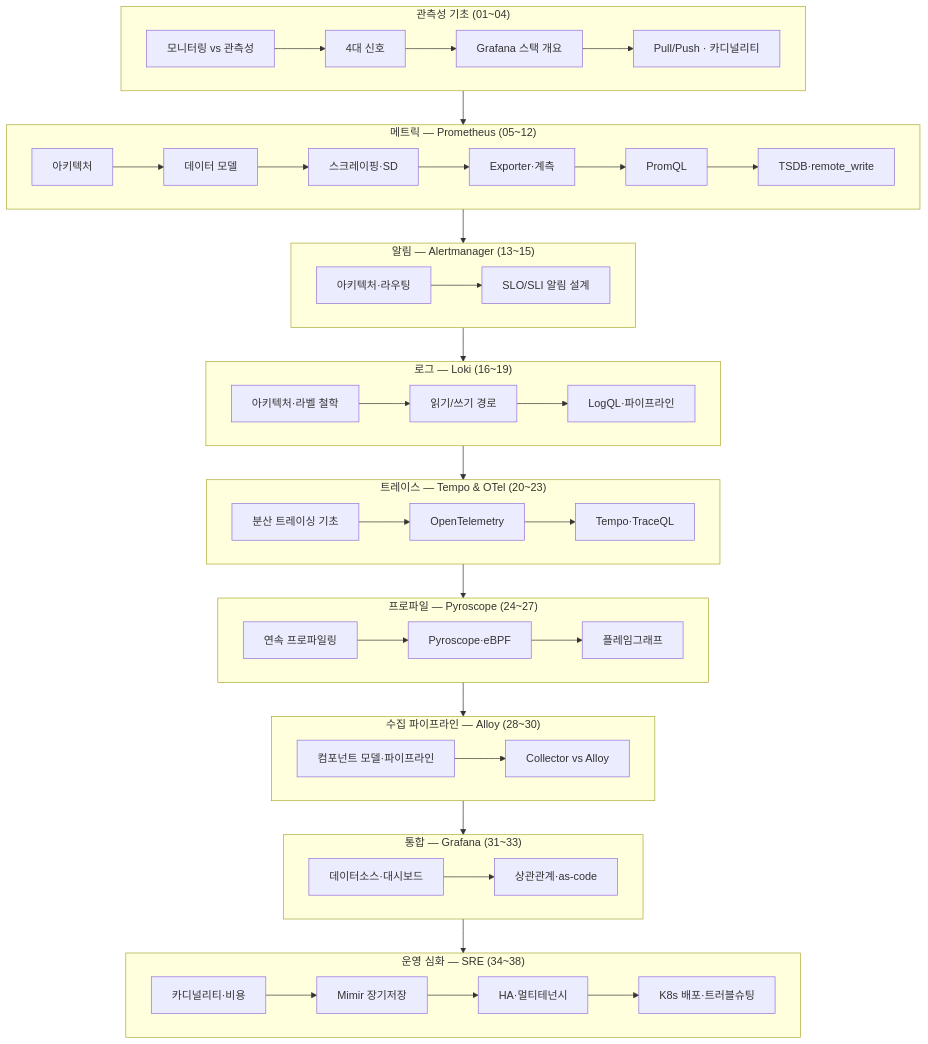
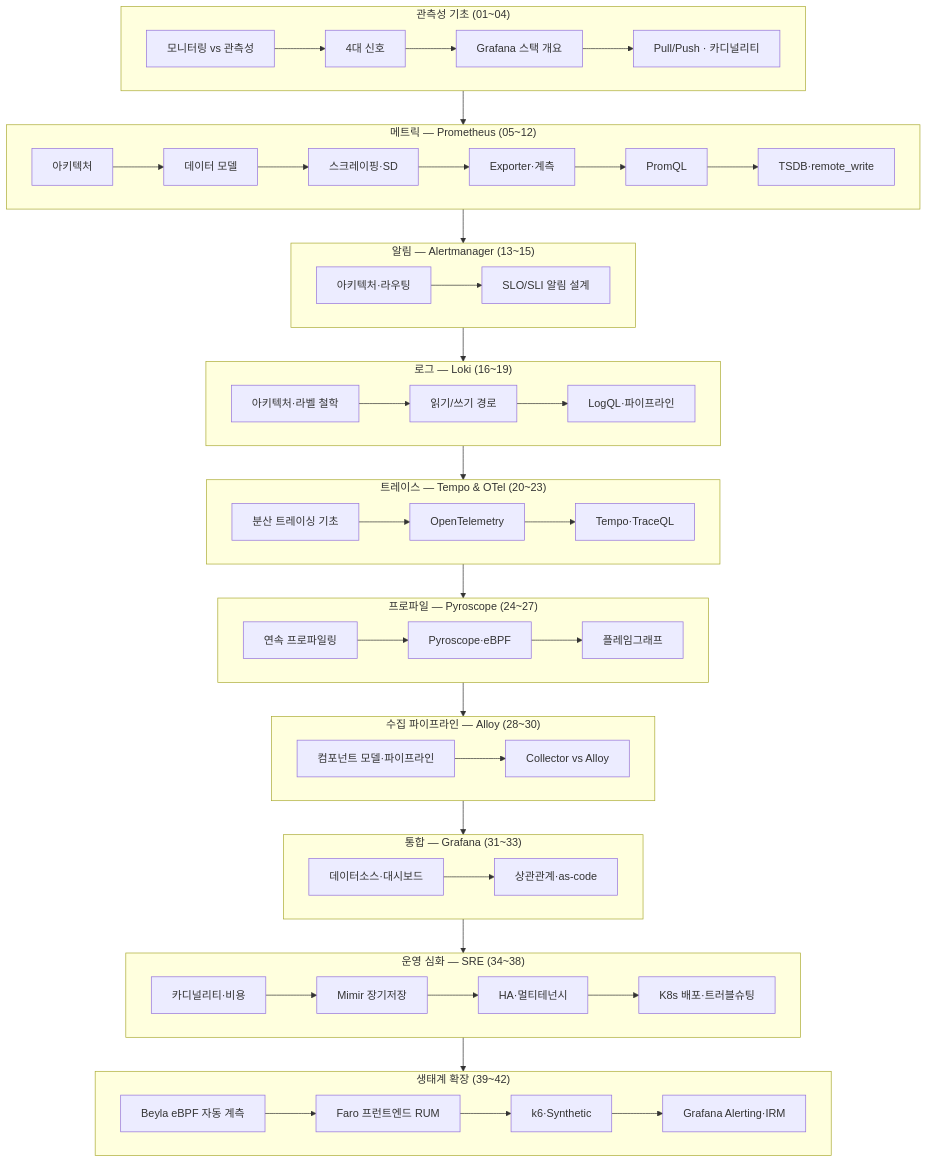
One commit to hobeen-kim/hobeen-kim.github.io changed the third of 3 diagrams in docs/_study/observability/README.md. Above: the diagram before and after it, drawn with Mermaid. The commit also changed other lines of this file and 20 other files, not shown here.

First line of the commit message:
docs: 관측성 스터디 생태계 확장 — Beyla·Faro·k6·Grafana Alerting 챕터 추가 (39~42장)

````diff
--- a/docs/_study/observability/README.md
+++ b/docs/_study/observability/README.md
@@ -136,31 +137,34 @@
 ```mermaid
 flowchart TD
     subgraph S1["관측성 기초 (01~04)"]
         A["모니터링 vs 관측성"] --> B["4대 신호"] --> C["Grafana 스택 개요"] --> D["Pull/Push · 카디널리티"]
     end
     subgraph S2["메트릭 — Prometheus (05~12)"]
         E["아키텍처"] --> F["데이터 모델"] --> G["스크레이핑·SD"] --> H["Exporter·계측"] --> I["PromQL"] --> J["TSDB·remote_write"]
     end
     subgraph S3["알림 — Alertmanager (13~15)"]
         K["아키텍처·라우팅"] --> L["SLO/SLI 알림 설계"]
     end
     subgraph S4["로그 — Loki (16~19)"]
         M["아키텍처·라벨 철학"] --> N["읽기/쓰기 경로"] --> O["LogQL·파이프라인"]
     end
     subgraph S5["트레이스 — Tempo & OTel (20~23)"]
         P["분산 트레이싱 기초"] --> Q["OpenTelemetry"] --> R["Tempo·TraceQL"]
     end
     subgraph S6["프로파일 — Pyroscope (24~27)"]
         S["연속 프로파일링"] --> T["Pyroscope·eBPF"] --> U["플레임그래프"]
     end
     subgraph S7["수집 파이프라인 — Alloy (28~30)"]
         V["컴포넌트 모델·파이프라인"] --> W["Collector vs Alloy"]
     end
     subgraph S8["통합 — Grafana (31~33)"]
         X["데이터소스·대시보드"] --> Y["상관관계·as-code"]
     end
     subgraph S9["운영 심화 — SRE (34~38)"]
         Z["카디널리티·비용"] --> AA["Mimir 장기저장"] --> AB["HA·멀티테넌시"] --> AC["K8s 배포·트러블슈팅"]
     end
-    S1 --> S2 --> S3 --> S4 --> S5 --> S6 --> S7 --> S8 --> S9
+    subgraph S10["생태계 확장 (39~42)"]
+        AD["Beyla eBPF 자동 계측"] --> AE["Faro 프런트엔드 RUM"] --> AF["k6·Synthetic"] --> AG["Grafana Alerting·IRM"]
+    end
+    S1 --> S2 --> S3 --> S4 --> S5 --> S6 --> S7 --> S8 --> S9 --> S10
 ```
````
